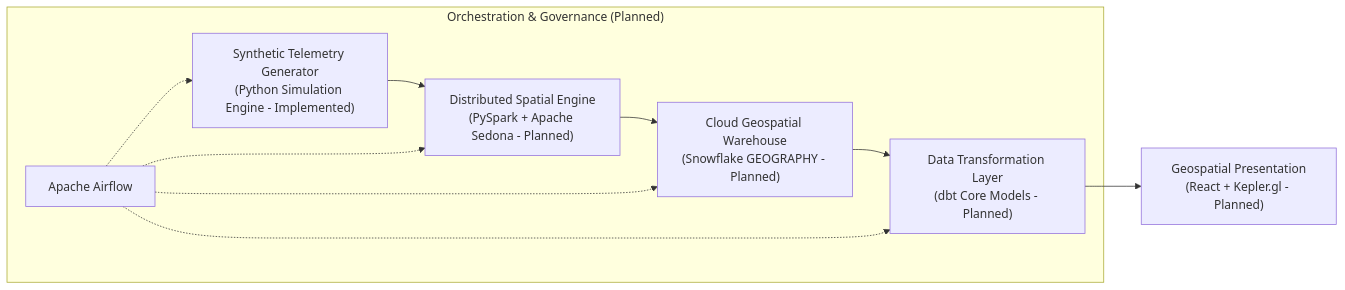
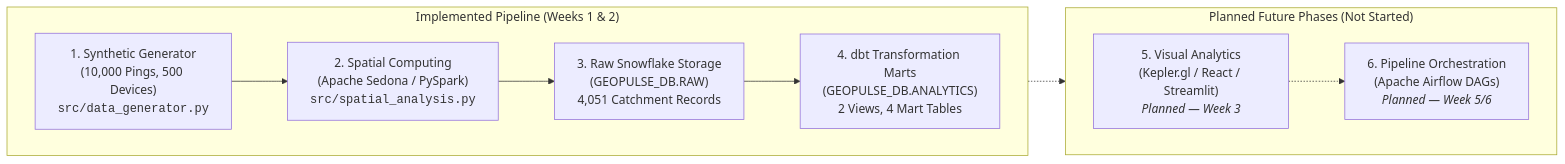
The diagram in README.md (dileep-songa/geopulse-hyperlocal-retail-mobility-analytics), drawn with Mermaid before and after one commit. The commit also changed other lines of this file and 4 other files, not shown here.

````diff
--- a/README.md
+++ b/README.md
@@ -58,13 +32,15 @@
 ```mermaid
 flowchart LR
-    A["Synthetic Telemetry Generator<br/>(Python Simulation Engine - Implemented)"] --> B["Distributed Spatial Engine<br/>(PySpark + Apache Sedona - Planned)"]
-    B --> C["Cloud Geospatial Warehouse<br/>(Snowflake GEOGRAPHY - Planned)"]
-    C --> D["Data Transformation Layer<br/>(dbt Core Models - Planned)"]
-    D --> E["Geospatial Presentation<br/>(React + Kepler.gl - Planned)"]
-    subgraph Orchestration ["Orchestration & Governance (Planned)"]
-        F["Apache Airflow"] -.-> A
-        F -.-> B
-        F -.-> C
-        F -.-> D
+    subgraph Implemented_Architecture ["Implemented Pipeline (Weeks 1 & 2)"]
+        direction LR
+        A["1. Synthetic Generator<br/>(10,000 Pings, 500 Devices)<br/><code>src/data_generator.py</code>"] --> B["2. Spatial Computing<br/>(Apache Sedona / PySpark)<br/><code>src/spatial_analysis.py</code>"]
+        B --> C["3. Raw Snowflake Storage<br/>(GEOPULSE_DB.RAW)<br/>4,051 Catchment Records"]
+        C --> D["4. dbt Transformation Marts<br/>(GEOPULSE_DB.ANALYTICS)<br/>2 Views, 4 Mart Tables"]
+    end
+
+    subgraph Planned_Phases ["Planned Future Phases (Not Started)"]
+        direction LR
+        D -.-> E["5. Visual Analytics<br/>(Kepler.gl / React / Streamlit)<br/><i>Planned — Week 3</i>"]
+        E -.-> F["6. Pipeline Orchestration<br/>(Apache Airflow DAGs)<br/><i>Planned — Week 5/6</i>"]
     end
 ```
````
